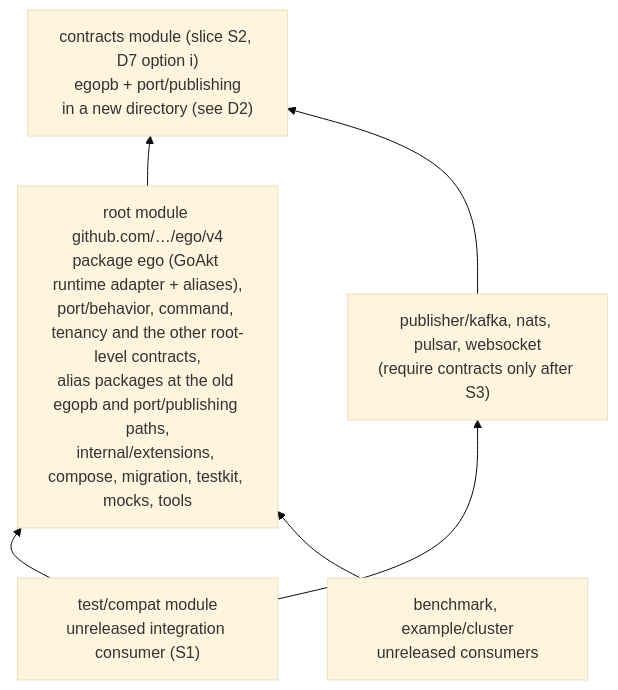
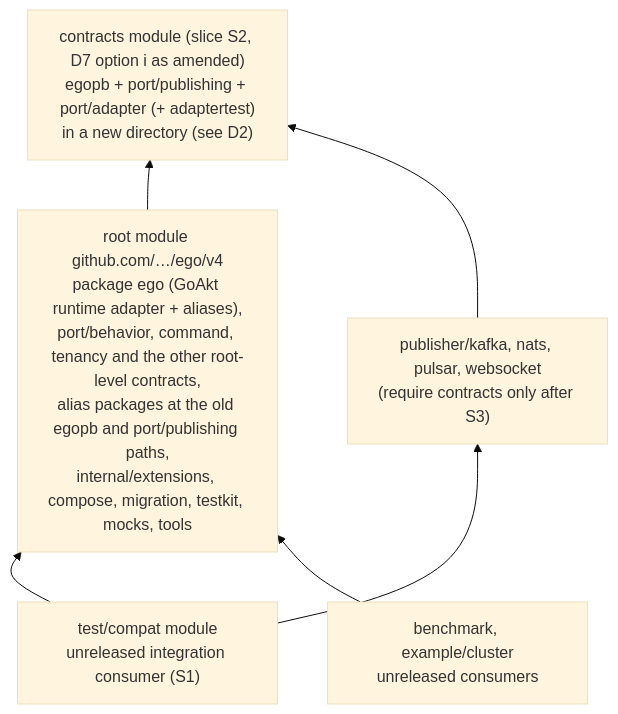
One commit to getsyntegrity/ego changed the diagram in openspec/changes/ego-arch-006/design.md. Above: the diagram before and after it, drawn with Mermaid (base theme). The commit also changed other lines of this file and 1 other file, not shown here.

Commit message:
docs(openspec): amend D7 so the contracts module covers port/adapter (#159)

````diff
--- a/openspec/changes/ego-arch-006/design.md
+++ b/openspec/changes/ego-arch-006/design.md
@@ -40,14 +40,14 @@
 ```mermaid
 flowchart BT
-  contracts["contracts module (slice S2, D7 option i)<br/>egopb + port/publishing<br/>in a new directory (see D2)"]
+  contracts["contracts module (slice S2, D7 option i as amended)<br/>egopb + port/publishing + port/adapter (+ adaptertest)<br/>in a new directory (see D2)"]
   root["root module github.com/…/ego/v4<br/>package ego (GoAkt runtime adapter + aliases),<br/>port/behavior, command, tenancy and the other root-level contracts,<br/>alias packages at the old egopb and port/publishing paths,<br/>internal/extensions, compose, migration, testkit, mocks, tools"]
   pubs["publisher/kafka, nats, pulsar, websocket<br/>(require contracts only after S3)"]
   compat["test/compat module<br/>unreleased integration consumer (S1)"]
   cons["benchmark, example/cluster<br/>unreleased consumers"]
 
   root --> contracts
   pubs --> contracts
   compat --> root
   compat --> pubs
   cons --> root
 ```
````
